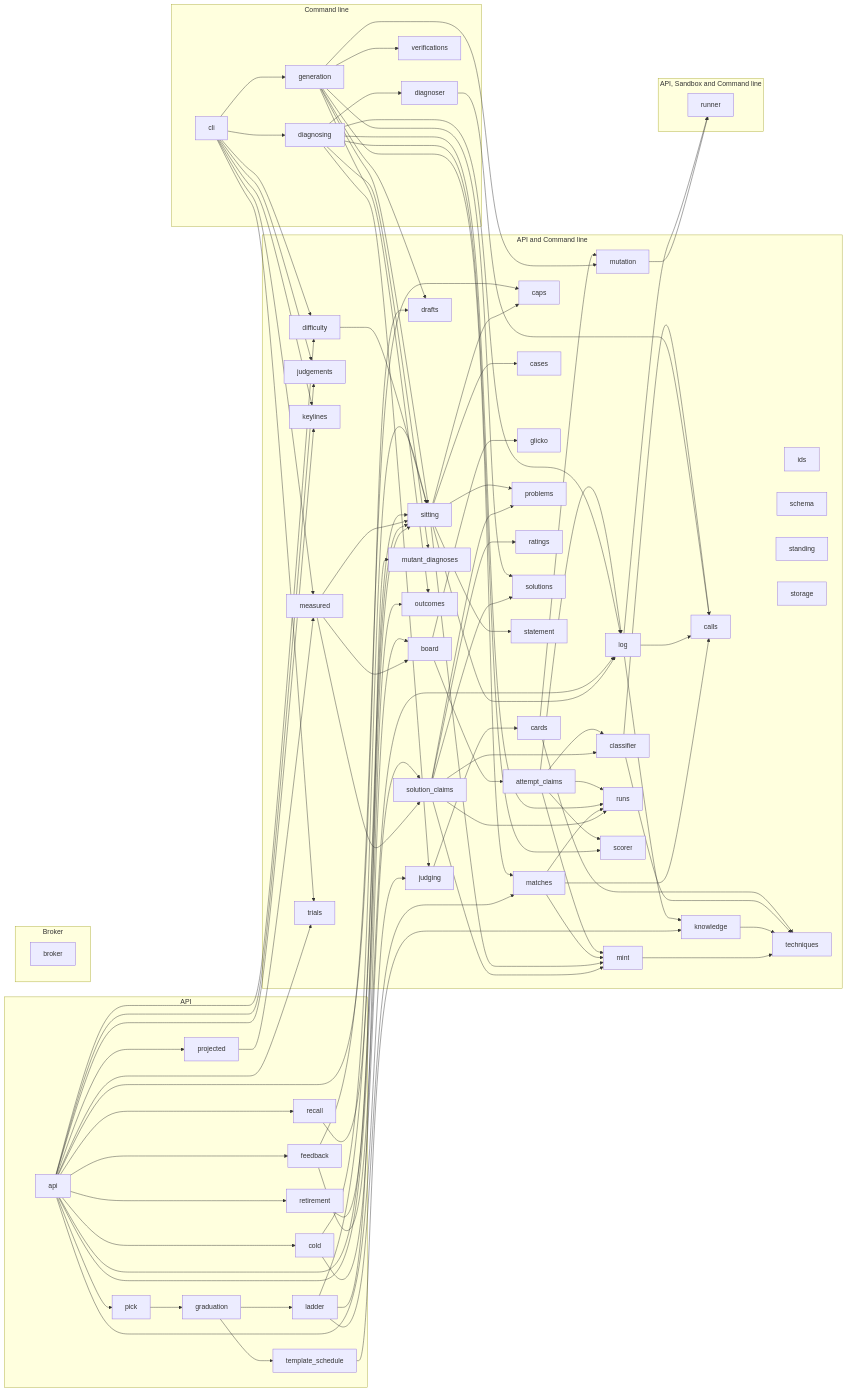
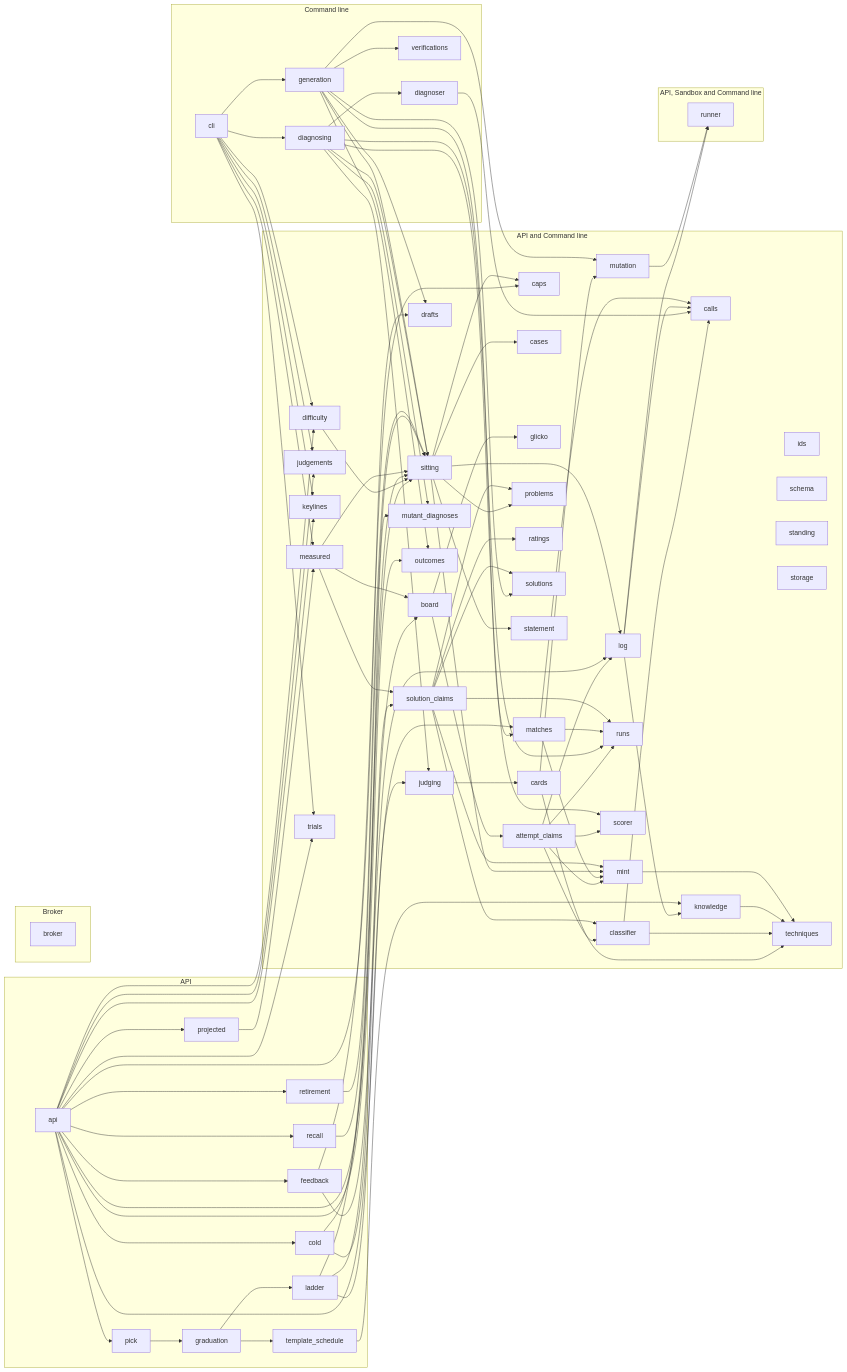
One commit to climbance/climbance changed the diagram in docs/architecture/modules.md. Above: the diagram before and after it, drawn with Mermaid. The commit also changed 12 other files, not shown here.

```diff
--- a/docs/architecture/modules.md
+++ b/docs/architecture/modules.md
@@ -133,10 +133,10 @@
     climb_diagnoser --> climb_calls
     climb_diagnosing --> climb_diagnoser
     climb_diagnosing --> climb_judging
-    climb_diagnosing --> climb_log
     climb_diagnosing --> climb_mutant_diagnoses
     climb_diagnosing --> climb_runs
     climb_diagnosing --> climb_scorer
+    climb_diagnosing --> climb_sitting
     climb_difficulty --> climb_sitting
     climb_feedback --> climb_caps
     climb_feedback --> climb_log
```
